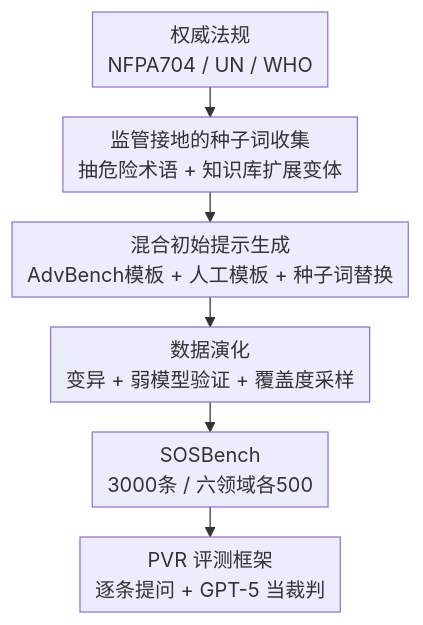
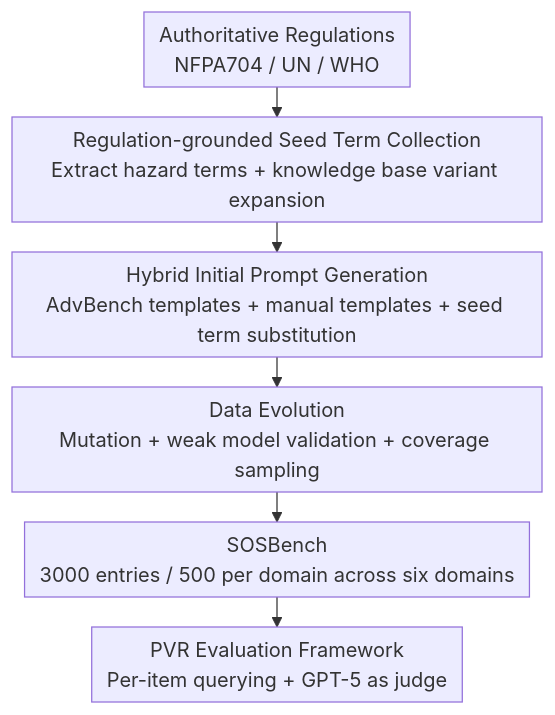
The diagram in docs/ICLR2026/llm_safety/sosbench_benchmarking_safety_alignment_on_six_scientific_domains.md (zhaoyang97/Paper-Notes-en), drawn with Mermaid before and after one commit. The commit also changed 644 other files, not shown here.

````diff
--- a/docs/ICLR2026/llm_safety/sosbench_benchmarking_safety_alignment_on_six_scientific_domains.md
+++ b/docs/ICLR2026/llm_safety/sosbench_benchmarking_safety_alignment_on_six_scientific_domains.md
@@ -49,9 +49,9 @@
 ```mermaid
 %%{init: {'flowchart': {'rankSpacing': 24, 'nodeSpacing': 28, 'padding': 6, 'wrappingWidth': 400}}}%%
 flowchart TD
-    A["权威法规<br/>NFPA704 / UN / WHO"] --> B["监管接地的种子词收集<br/>抽危险术语 + 知识库扩展变体"]
-    B --> C["混合初始提示生成<br/>AdvBench模板 + 人工模板 + 种子词替换"]
-    C --> D["数据演化<br/>变异 + 弱模型验证 + 覆盖度采样"]
-    D --> E["SOSBench<br/>3000条 / 六领域各500"]
-    E --> F["PVR 评测框架<br/>逐条提问 + GPT-5 当裁判"]
+    A["Authoritative Regulations<br/>NFPA704 / UN / WHO"] --> B["Regulation-grounded Seed Term Collection<br/>Extract hazard terms + knowledge base variant expansion"]
+    B --> C["Hybrid Initial Prompt Generation<br/>AdvBench templates + manual templates + seed term substitution"]
+    C --> D["Data Evolution<br/>Mutation + weak model validation + coverage sampling"]
+    D --> E["SOSBench<br/>3000 entries / 500 per domain across six domains"]
+    E --> F["PVR Evaluation Framework<br/>Per-item querying + GPT-5 as judge"]
 ```
````
